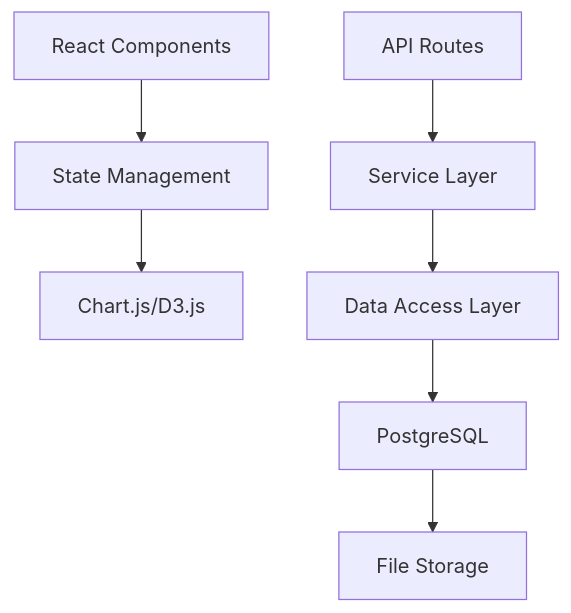
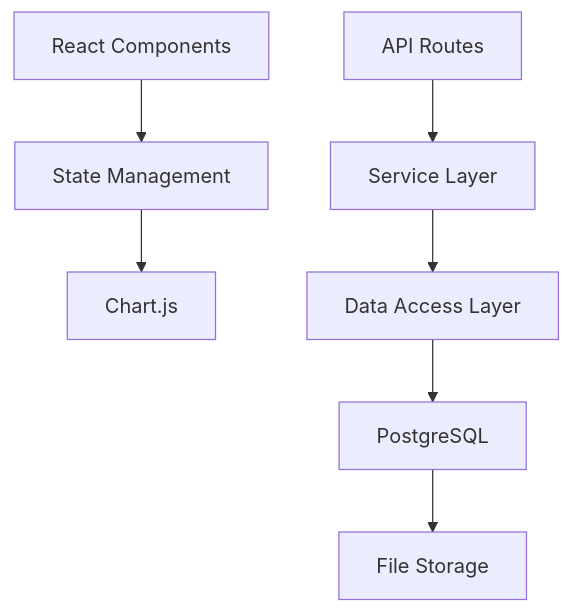
Before and after one commit to Bgoodwin24/insightforge: the diagram in README.md, drawn with Mermaid. The commit also changed other lines of this file and 5 other files, not shown here.

First line of the commit message:
feat: Add JS helpers to transform analytics data for Chart.js

````diff
--- a/README.md
+++ b/README.md
@@ -7,9 +7,9 @@
 ```mermaid
 graph TD
     A[React Components] --> B[State Management]
-    B --> C[Chart.js/D3.js]
+    B --> C[Chart.js]
     D[API Routes] --> E[Service Layer]
     E --> F[Data Access Layer]
     F --> G[PostgreSQL]
     G --> H[File Storage]
 ```
````
